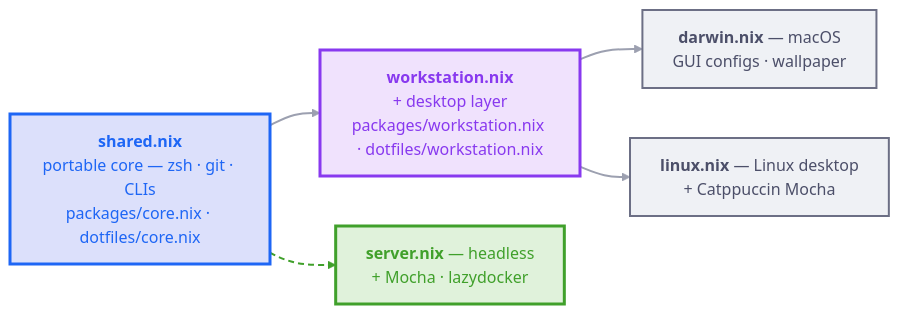
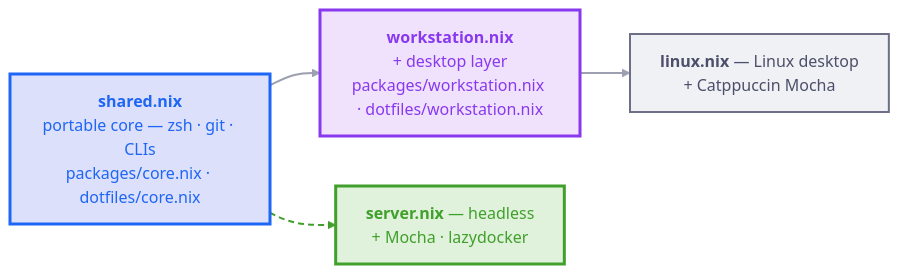
Before and after one commit to mhmdio/dotfiles: the second of 2 diagrams in README.md, drawn with Mermaid (neutral theme). The commit also changed other lines of this file and 38 other files, not shown here.

````diff
--- a/README.md
+++ b/README.md
@@ -73,33 +86,30 @@
 ```mermaid
 flowchart LR
     SH["`**shared.nix**
     portable core — zsh · git · CLIs
     packages/core.nix · dotfiles/core.nix`"]
     WS["`**workstation.nix**
     + desktop layer
     packages/workstation.nix · dotfiles/workstation.nix`"]
-    MAC["`**darwin.nix** — macOS
-    GUI configs · wallpaper`"]
     LIN["`**linux.nix** — Linux desktop
     + Catppuccin Mocha`"]
     SRV["`**server.nix** — headless
     + Mocha · lazydocker`"]
 
     SH  --> WS
-    WS  --> MAC
     WS  --> LIN
     SH  -.-> SRV
 
     classDef core   fill:#dce0fb,stroke:#1e66f5,stroke-width:3px,color:#1e66f5;
     classDef desk   fill:#f0e2fd,stroke:#8839ef,stroke-width:3px,color:#8839ef;
     classDef leaf   fill:#eff1f5,stroke:#6c6f85,stroke-width:2px,color:#4c4f69;
     classDef server fill:#e0f2db,stroke:#40a02b,stroke-width:3px,color:#40a02b;
 
     class SH core;
     class WS desk;
-    class MAC,LIN leaf;
+    class LIN leaf;
     class SRV server;
 
-    linkStyle 0,1,2 stroke:#9ca0b0,stroke-width:2px;
-    linkStyle 3 stroke:#40a02b,stroke-width:2px,stroke-dasharray:6 4;
+    linkStyle 0,1 stroke:#9ca0b0,stroke-width:2px;
+    linkStyle 2 stroke:#40a02b,stroke-width:2px,stroke-dasharray:6 4;
 ```
````
